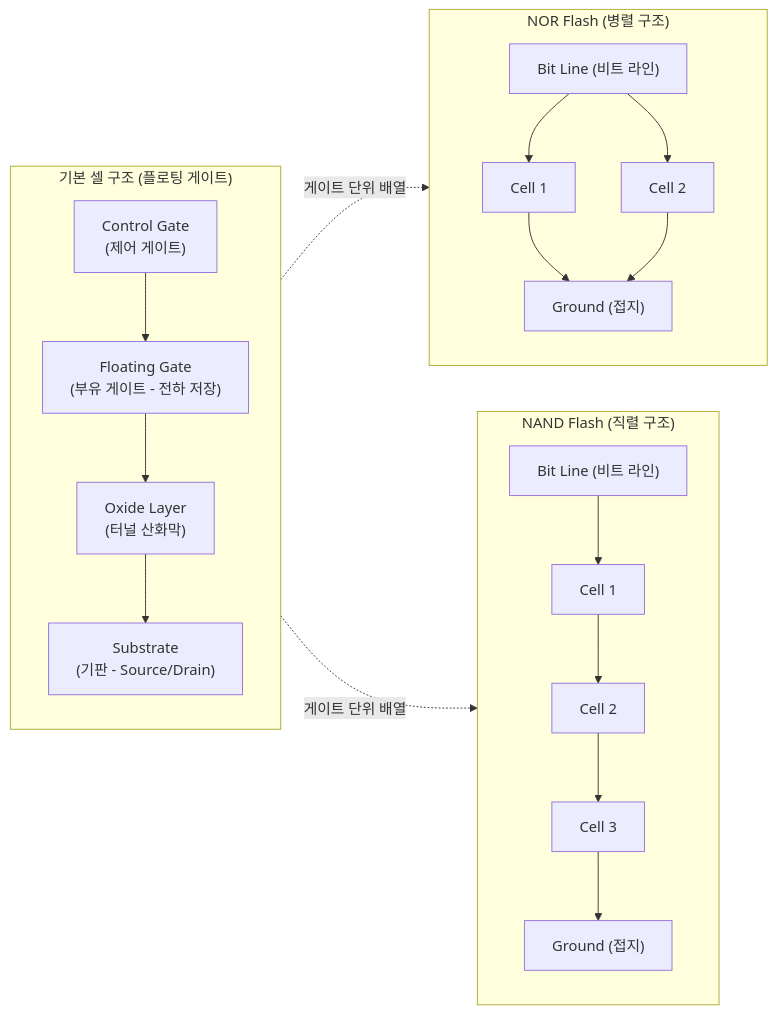
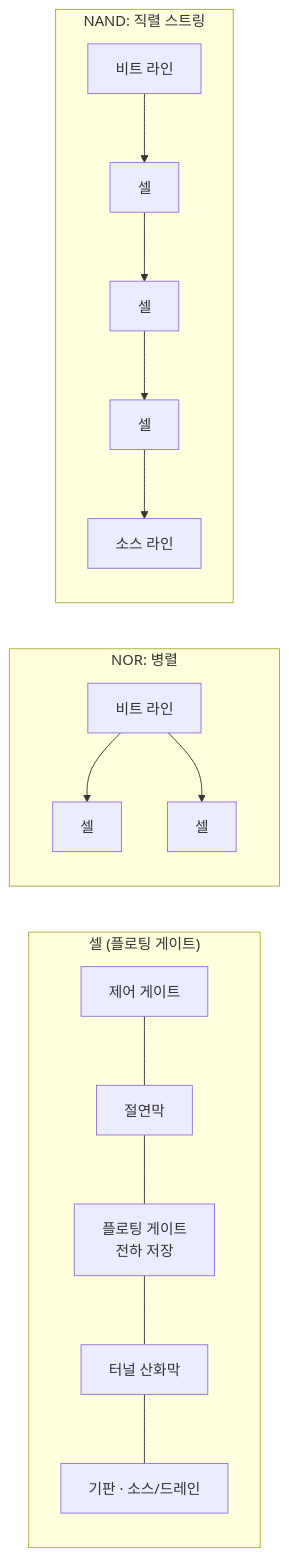
One commit to supremethumb/supremethumb.github.io changed the diagram in content/01_IT Tech/Flash Memory(NOR, NAND).md. Above: the diagram before and after it, drawn with Mermaid. The commit also changed other lines of this file and 1087 other files, not shown here.

````diff
--- a/content/01_IT Tech/Flash Memory(NOR, NAND).md
+++ b/content/01_IT Tech/Flash Memory(NOR, NAND).md
@@ -27,45 +37,16 @@
 ```mermaid
 flowchart LR
-    subgraph Cell ["기본 셀 구조 (플로팅 게이트)"]
+    subgraph CELL["셀 (플로팅 게이트)"]
         direction TB
-        CG["Control Gate<br/>(제어 게이트)"]
-        FG["Floating Gate<br/>(부유 게이트 - 전하 저장)"]
-        Ox["Oxide Layer<br/>(터널 산화막)"]
-        Sub["Substrate<br/>(기판 - Source/Drain)"]
-        
-        CG --> FG
-        FG --> Ox
-        Ox --> Sub
+        CG["제어 게이트"] --- ONO["절연막"] --- FG["플로팅 게이트<br/>전하 저장"] --- TOX["터널 산화막"] --- SUB["기판 · 소스/드레인"]
     end
-
-    subgraph NOR ["NOR Flash (병렬 구조)"]
+    subgraph NOR["NOR: 병렬"]
         direction TB
-        BL1["Bit Line (비트 라인)"]
-        Cell1["Cell 1"]
-        Cell2["Cell 2"]
-        GND1["Ground (접지)"]
-        
-        BL1 --> Cell1
-        BL1 --> Cell2
-        Cell1 --> GND1
-        Cell2 --> GND1
+        BL1["비트 라인"] --> N1["셀"]
+        BL1 --> N2["셀"]
     end
-
-    subgraph NAND ["NAND Flash (직렬 구조)"]
+    subgraph NAND["NAND: 직렬 스트링"]
         direction TB
-        BL2["Bit Line (비트 라인)"]
-        Cell3["Cell 1"]
-        Cell4["Cell 2"]
-        Cell5["Cell 3"]
-        GND2["Ground (접지)"]
-        
-        BL2 --> Cell3
-        Cell3 --> Cell4
-        Cell4 --> Cell5
-        Cell5 --> GND2
+        BL2["비트 라인"] --> S1["셀"] --> S2["셀"] --> S3["셀"] --> GND["소스 라인"]
     end
-    
-    Cell -. "게이트 단위 배열" .-> NOR
-    Cell -. "게이트 단위 배열" .-> NAND
-
 ```
````
